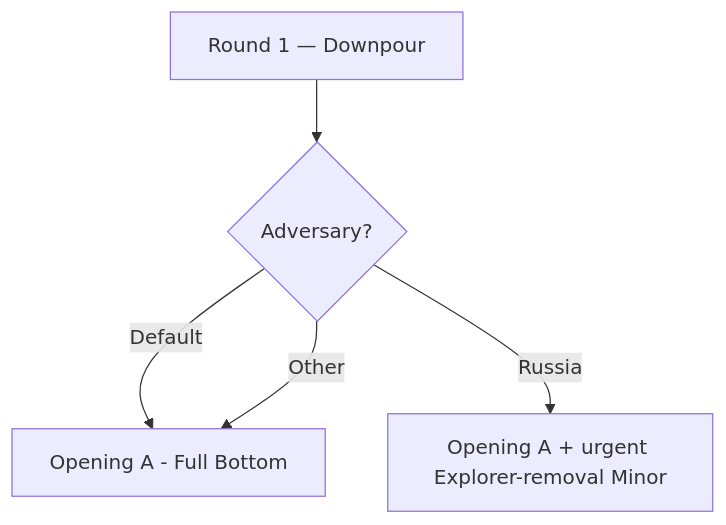
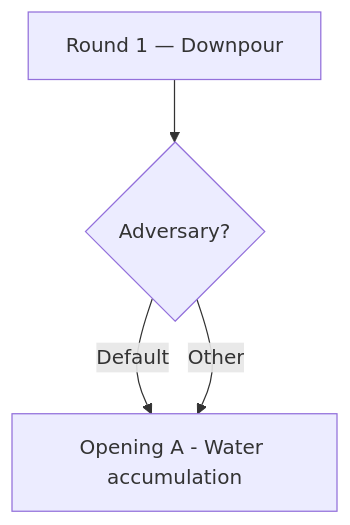
Before and after one commit to bfowle/spirit-island: the diagram in src/spirits/moderate/downpour-drenches-the-world.md, drawn with Mermaid. The commit also changed other lines of this file and 3 other files, not shown here.

```diff
--- a/src/spirits/moderate/downpour-drenches-the-world.md
+++ b/src/spirits/moderate/downpour-drenches-the-world.md
@@ -106,7 +117,6 @@
 <pre class="mermaid">
 graph TD
   Start[Round 1 — Downpour] --> Adv{Adversary?}
-  Adv -->|Default| A[Opening A - Full Bottom]
-  Adv -->|Russia| A2[Opening A + urgent Explorer-removal Minor]
+  Adv -->|Default| A[Opening A - Water accumulation]
   Adv -->|Other| A
 </pre>
```
